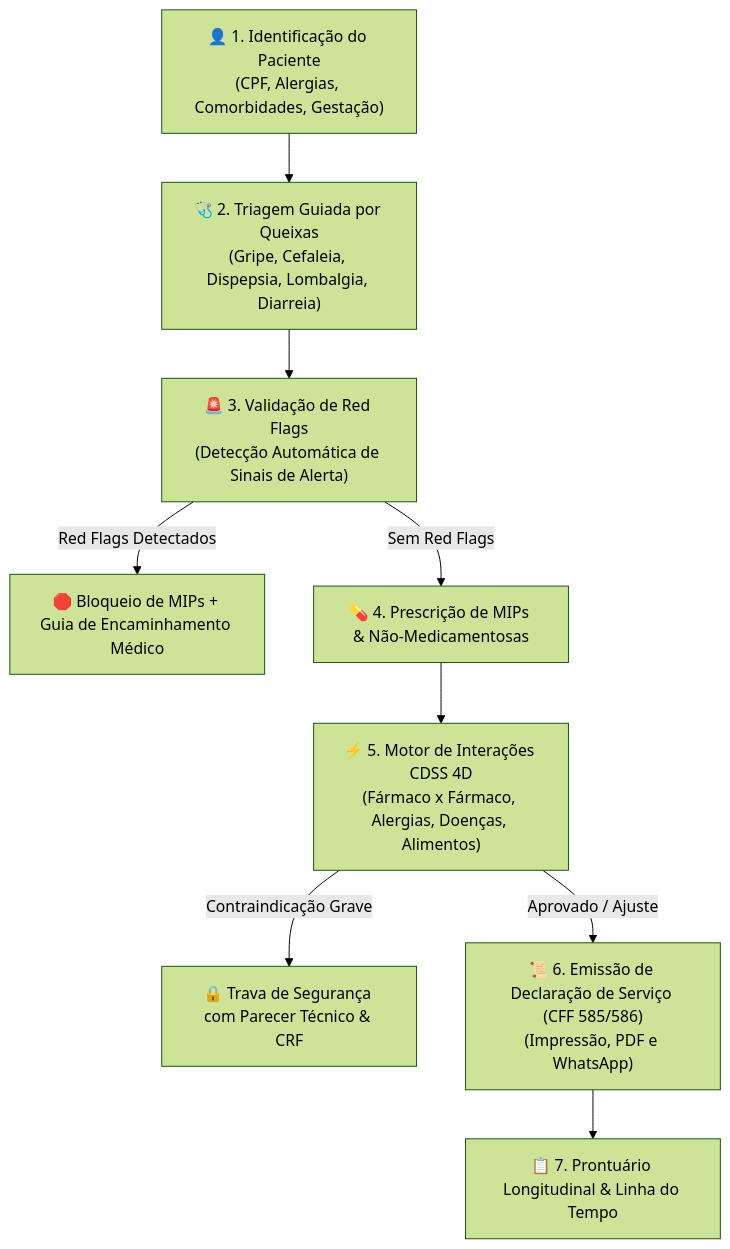
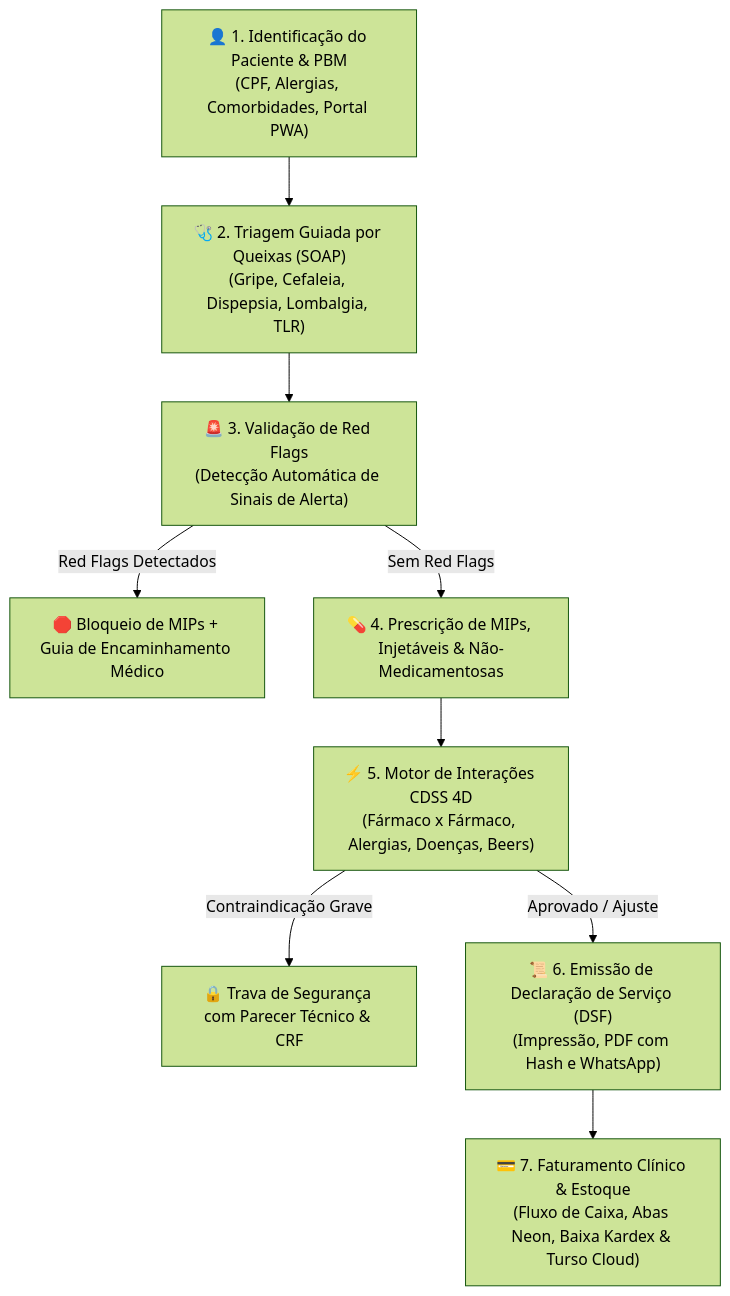
One commit to Mazzarowysk/crm-clinico-farmaceutic changed the diagram in README.md. Above: the diagram before and after it, drawn with Mermaid (forest theme). The commit also changed other lines of this file and 4 other files, not shown here.

````diff
--- a/README.md
+++ b/README.md
@@ -9,11 +9,11 @@
 ```mermaid
 flowchart TD
-    A["👤 1. Identificação do Paciente\n(CPF, Alergias, Comorbidades, Gestação)"] --> B["🩺 2. Triagem Guiada por Queixas\n(Gripe, Cefaleia, Dispepsia, Lombalgia, Diarreia)"]
+    A["👤 1. Identificação do Paciente & PBM\n(CPF, Alergias, Comorbidades, Portal PWA)"] --> B["🩺 2. Triagem Guiada por Queixas (SOAP)\n(Gripe, Cefaleia, Dispepsia, Lombalgia, TLR)"]
     B --> C["🚨 3. Validação de Red Flags\n(Detecção Automática de Sinais de Alerta)"]
     C -->|Red Flags Detectados| D["🛑 Bloqueio de MIPs + Guia de Encaminhamento Médico"]
-    C -->|Sem Red Flags| E["💊 4. Prescrição de MIPs & Não-Medicamentosas"]
-    E --> F["⚡ 5. Motor de Interações CDSS 4D\n(Fármaco x Fármaco, Alergias, Doenças, Alimentos)"]
+    C -->|Sem Red Flags| E["💊 4. Prescrição de MIPs, Injetáveis & Não-Medicamentosas"]
+    E --> F["⚡ 5. Motor de Interações CDSS 4D\n(Fármaco x Fármaco, Alergias, Doenças, Beers)"]
     F -->|Contraindicação Grave| G["🔒 Trava de Segurança com Parecer Técnico & CRF"]
-    F -->|Aprovado / Ajuste| H["📜 6. Emissão de Declaração de Serviço (CFF 585/586)\n(Impressão, PDF e WhatsApp)"]
-    H --> I["📋 7. Prontuário Longitudinal & Linha do Tempo"]
+    F -->|Aprovado / Ajuste| H["📜 6. Emissão de Declaração de Serviço (DSF)\n(Impressão, PDF com Hash e WhatsApp)"]
+    H --> I["💳 7. Faturamento Clínico & Estoque\n(Fluxo de Caixa, Abas Neon, Baixa Kardex & Turso Cloud)"]
 ```
````
